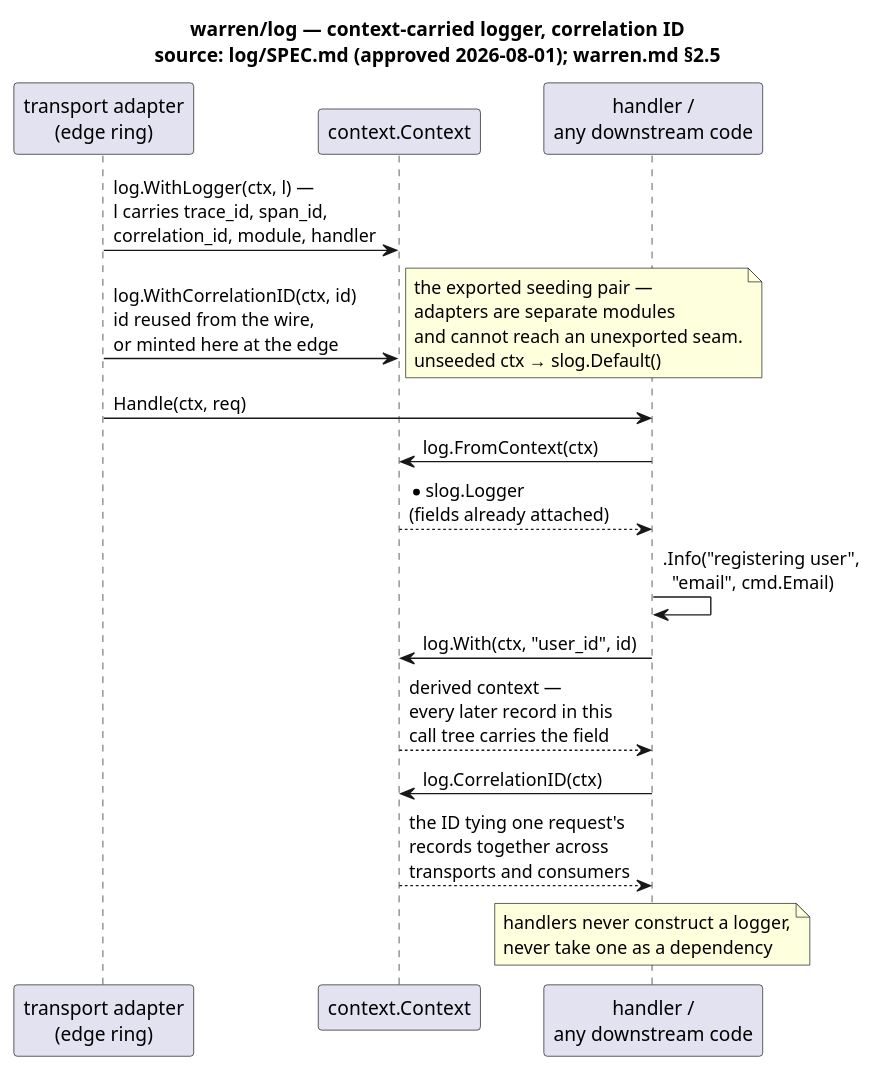
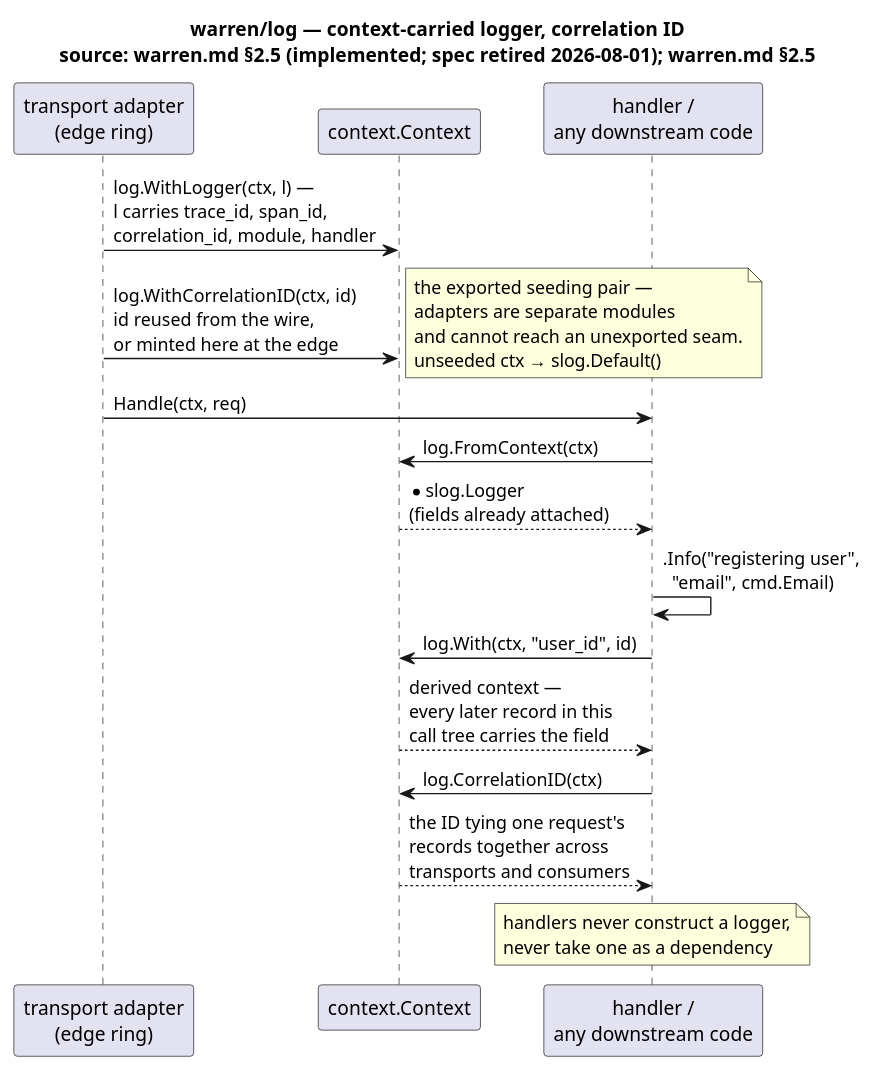
Before and after one commit to MerseniBilel/warren: the diagram in docs/assets/log-usage.puml, drawn with PlantUML. The commit also changed 29 other files, not shown here.

```diff
--- a/docs/assets/log-usage.puml
+++ b/docs/assets/log-usage.puml
@@ -1,23 +1,23 @@
 @startuml log-usage
-title warren/log — context-carried logger, correlation ID\nsource: log/SPEC.md (approved 2026-08-01); warren.md §2.5
+title warren/log — context-carried logger, correlation ID\nsource: warren.md §2.5 (implemented; spec retired 2026-08-01); warren.md §2.5
 
 participant "transport adapter\n(edge ring)" as edge
 participant "context.Context" as ctx
 participant "handler /\nany downstream code" as handler
 
 edge -> ctx : log.WithLogger(ctx, l) —\nl carries trace_id, span_id,\ncorrelation_id, module, handler
 edge -> ctx : log.WithCorrelationID(ctx, id)\nid reused from the wire,\nor minted here at the edge
 note right : the exported seeding pair —\nadapters are separate modules\nand cannot reach an unexported seam.\nunseeded ctx → slog.Default()
 
 edge -> handler : Handle(ctx, req)
 handler -> ctx : log.FromContext(ctx)
 ctx --> handler : *slog.Logger\n(fields already attached)
 handler -> handler : .Info("registering user",\n  "email", cmd.Email)
 
 handler -> ctx : log.With(ctx, "user_id", id)
 ctx --> handler : derived context —\nevery later record in this\ncall tree carries the field
 
 handler -> ctx : log.CorrelationID(ctx)
 ctx --> handler : the ID tying one request's\nrecords together across\ntransports and consumers
 note over handler : handlers never construct a logger,\nnever take one as a dependency
 @enduml
```
